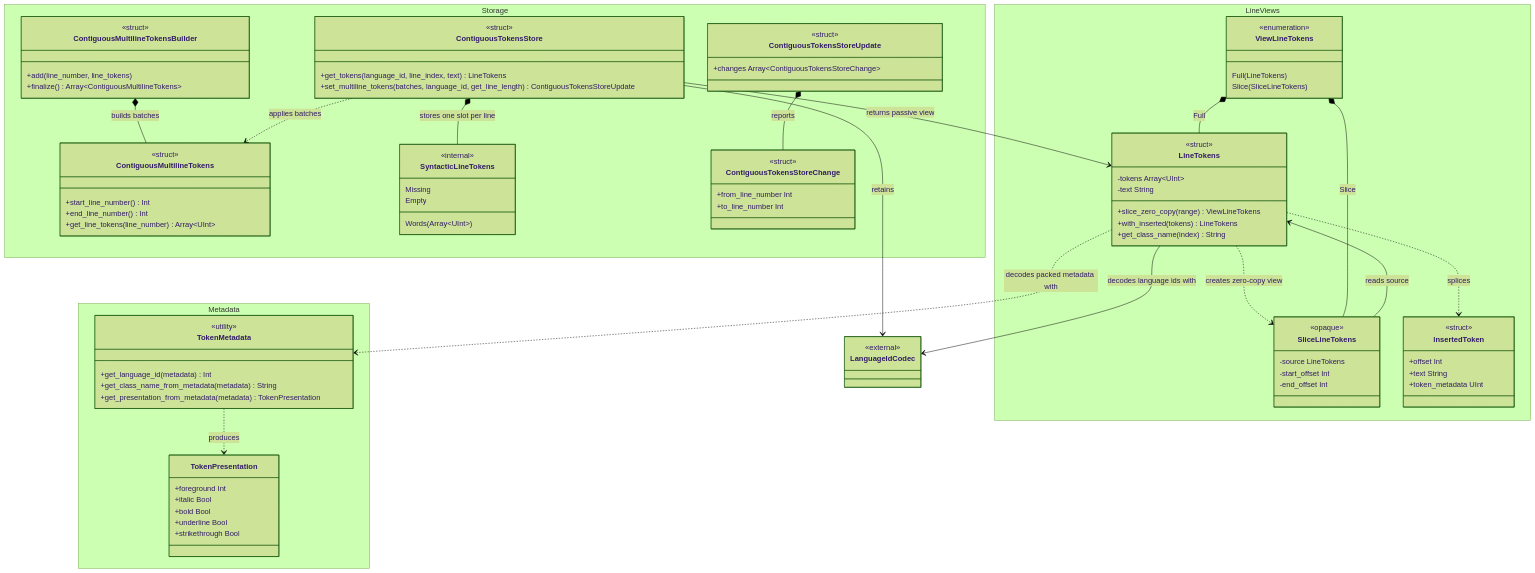
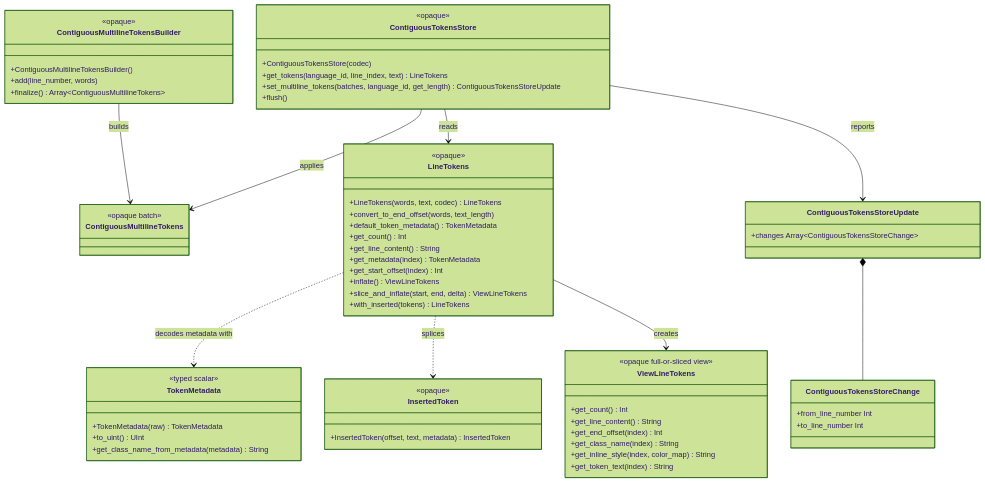
The diagram in viewer/common/tokens/README.mbt.md (moonbitlang/editor), drawn with Mermaid (forest theme) before and after one commit. The commit also changed other lines of this file and 13 other files, not shown here.

````diff
--- a/viewer/common/tokens/README.mbt.md
+++ b/viewer/common/tokens/README.mbt.md
@@ -15,101 +21,76 @@
 classDiagram
   direction TB
 
-  namespace Metadata {
-    class TokenMetadata {
-      <<utility>>
-      +get_language_id(metadata) Int
-      +get_class_name_from_metadata(metadata) String
-      +get_presentation_from_metadata(metadata) TokenPresentation
-    }
-    class TokenPresentation {
-      +foreground Int
-      +italic Bool
-      +bold Bool
-      +underline Bool
-      +strikethrough Bool
-    }
+  class TokenMetadata {
+    <<typed scalar>>
+    +TokenMetadata(raw) TokenMetadata
+    +to_uint() UInt
+    +get_class_name_from_metadata(metadata) String
   }
 
-  namespace LineViews {
-    class LineTokens {
-      <<struct>>
-      -tokens Array~UInt~
-      -text String
-      +slice_zero_copy(range) ViewLineTokens
-      +with_inserted(tokens) LineTokens
-      +get_class_name(index) String
-    }
-    class SliceLineTokens {
-      <<opaque>>
-      -source LineTokens
-      -start_offset Int
-      -end_offset Int
-    }
-    class ViewLineTokens {
-      <<enumeration>>
-      Full(LineTokens)
-      Slice(SliceLineTokens)
-    }
-    class InsertedToken {
-      <<struct>>
-      +offset Int
-      +text String
-      +token_metadata UInt
-    }
+  class LineTokens {
+    <<opaque>>
+    +LineTokens(words, text, codec) LineTokens
+    +convert_to_end_offset(words, text_length)
+    +default_token_metadata() TokenMetadata
+    +get_count() Int
+    +get_line_content() String
+    +get_metadata(index) TokenMetadata
+    +get_start_offset(index) Int
+    +inflate() ViewLineTokens
+    +slice_and_inflate(start, end, delta) ViewLineTokens
+    +with_inserted(tokens) LineTokens
   }
 
-  namespace Storage {
-    class ContiguousMultilineTokensBuilder {
-      <<struct>>
-      +add(line_number, line_tokens)
-      +finalize() Array~ContiguousMultilineTokens~
-    }
-    class ContiguousMultilineTokens {
-      <<struct>>
-      +start_line_number() Int
-      +end_line_number() Int
-      +get_line_tokens(line_number) Array~UInt~
-    }
-    class ContiguousTokensStore {
-      <<struct>>
-      +get_tokens(language_id, line_index, text) LineTokens
-      +set_multiline_tokens(batches, language_id, get_line_length) ContiguousTokensStoreUpdate
-    }
-    class SyntacticLineTokens {
-      <<internal>>
-      Missing
-      Empty
-      Words(Array~UInt~)
-    }
-    class ContiguousTokensStoreUpdate {
-      <<struct>>
-      +changes Array~ContiguousTokensStoreChange~
-    }
-    class ContiguousTokensStoreChange {
-      <<struct>>
-      +from_line_number Int
-      +to_line_number Int
-    }
+  class ViewLineTokens {
+    <<opaque full-or-sliced view>>
+    +get_count() Int
+    +get_line_content() String
+    +get_end_offset(index) Int
+    +get_class_name(index) String
+    +get_inline_style(index, color_map) String
+    +get_token_text(index) String
   }
 
-  class LanguageIdCodec {
-    <<external>>
+  class InsertedToken {
+    <<opaque>>
+    +InsertedToken(offset, text, metadata) InsertedToken
   }
 
-  TokenMetadata ..> TokenPresentation : produces
-  LineTokens --> LanguageIdCodec : decodes language ids with
-  LineTokens ..> TokenMetadata : decodes packed metadata with
+  class ContiguousMultilineTokensBuilder {
+    <<opaque>>
+    +ContiguousMultilineTokensBuilder()
+    +add(line_number, words)
+    +finalize() Array~ContiguousMultilineTokens~
+  }
+
+  class ContiguousMultilineTokens {
+    <<opaque batch>>
+  }
+
+  class ContiguousTokensStore {
+    <<opaque>>
+    +ContiguousTokensStore(codec)
+    +get_tokens(language_id, line_index, text) LineTokens
+    +set_multiline_tokens(batches, language_id, get_length) ContiguousTokensStoreUpdate
+    +flush()
+  }
+
+  class ContiguousTokensStoreUpdate {
+    +changes Array~ContiguousTokensStoreChange~
+  }
+
+  class ContiguousTokensStoreChange {
+    +from_line_number Int
+    +to_line_number Int
+  }
+
+  LineTokens ..> TokenMetadata : decodes metadata with
   LineTokens ..> InsertedToken : splices
-  LineTokens ..> SliceLineTokens : creates zero-copy view
-  SliceLineTokens --> LineTokens : reads source
-  ViewLineTokens *-- LineTokens : Full
-  ViewLineTokens *-- SliceLineTokens : Slice
-
-  ContiguousMultilineTokensBuilder *-- ContiguousMultilineTokens : builds batches
-  ContiguousTokensStore *-- SyntacticLineTokens : stores one slot per line
-  ContiguousTokensStore ..> ContiguousMultilineTokens : applies batches
-  ContiguousTokensStore --> LineTokens : returns passive view
-  ContiguousTokensStore --> LanguageIdCodec : retains
-  ContiguousTokensStoreUpdate *-- ContiguousTokensStoreChange : reports
+  LineTokens --> ViewLineTokens : creates
+  ContiguousMultilineTokensBuilder --> ContiguousMultilineTokens : builds
+  ContiguousTokensStore --> ContiguousMultilineTokens : applies
+  ContiguousTokensStore --> LineTokens : reads
+  ContiguousTokensStore --> ContiguousTokensStoreUpdate : reports
+  ContiguousTokensStoreUpdate *-- ContiguousTokensStoreChange
 ```
````
